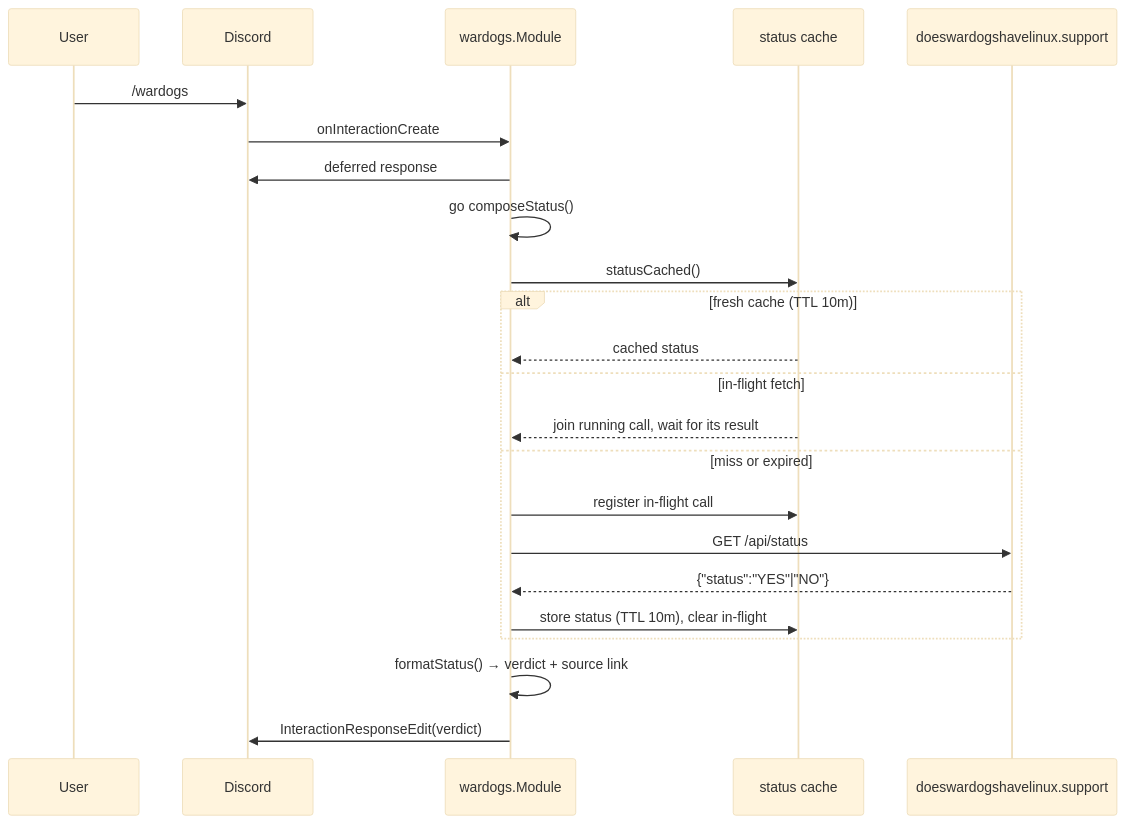
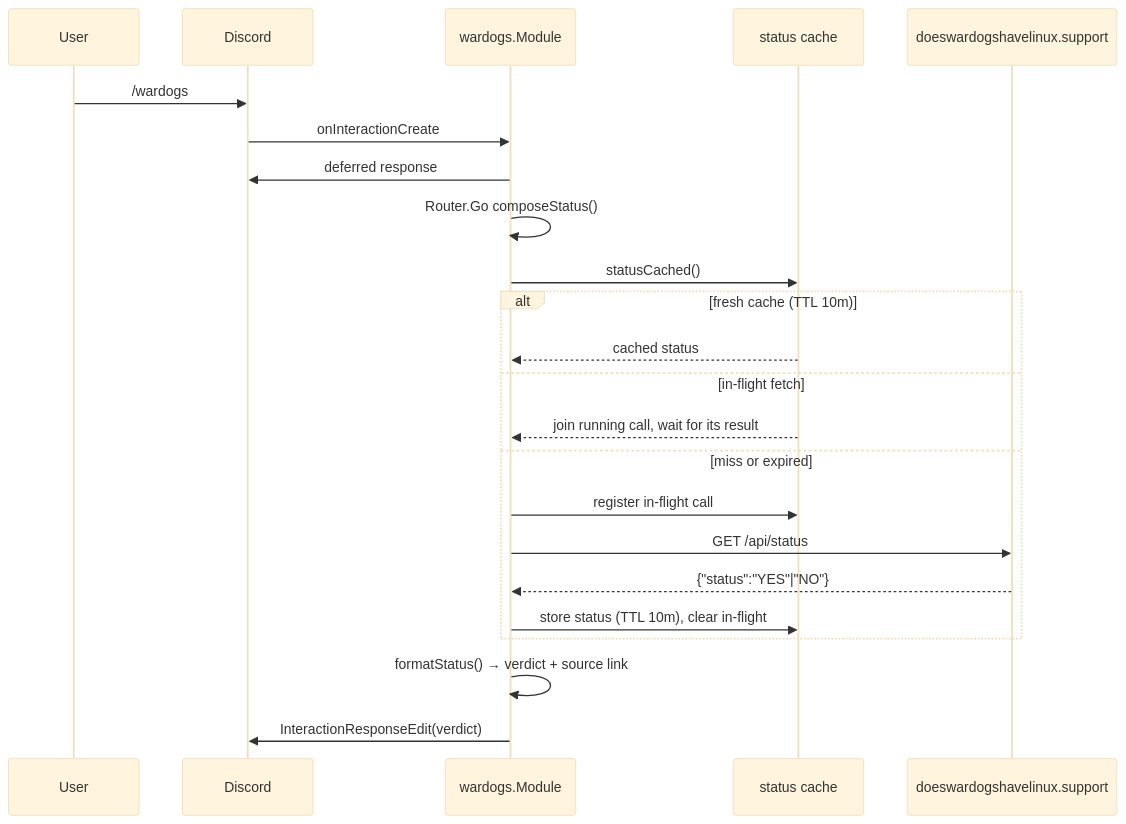
One commit to toksikk/gidbig changed the diagram in docs/modules/wardogs.md. Above: the diagram before and after it, drawn with Mermaid (base theme). The commit also changed 7 other files, not shown here.

````diff
--- a/docs/modules/wardogs.md
+++ b/docs/modules/wardogs.md
@@ -39,26 +39,26 @@
 ```mermaid
 sequenceDiagram
     participant U as User
     participant D as Discord
     participant W as wardogs.Module
     participant Cache as status cache
     participant T as doeswardogshavelinux.support
 
     U->>D: /wardogs
     D->>W: onInteractionCreate
     W->>D: deferred response
-    W->>W: go composeStatus()
+    W->>W: Router.Go composeStatus()
     W->>Cache: statusCached()
     alt fresh cache (TTL 10m)
         Cache-->>W: cached status
     else in-flight fetch
         Cache-->>W: join running call, wait for its result
     else miss or expired
         W->>Cache: register in-flight call
         W->>T: GET /api/status
         T-->>W: {"status":"YES"|"NO"}
         W->>Cache: store status (TTL 10m), clear in-flight
     end
     W->>W: formatStatus() → verdict + source link
     W->>D: InteractionResponseEdit(verdict)
 ```
````
